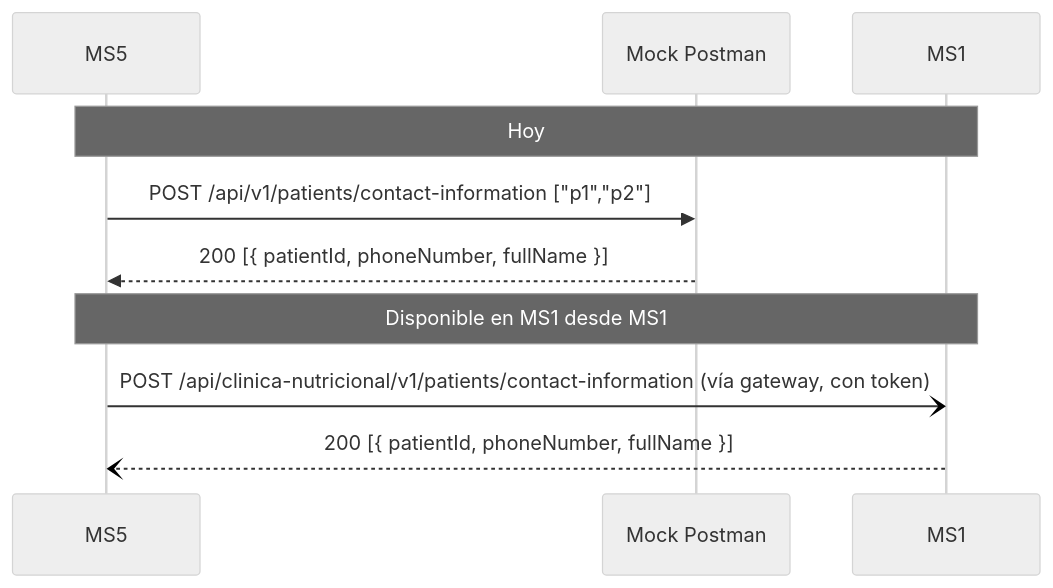
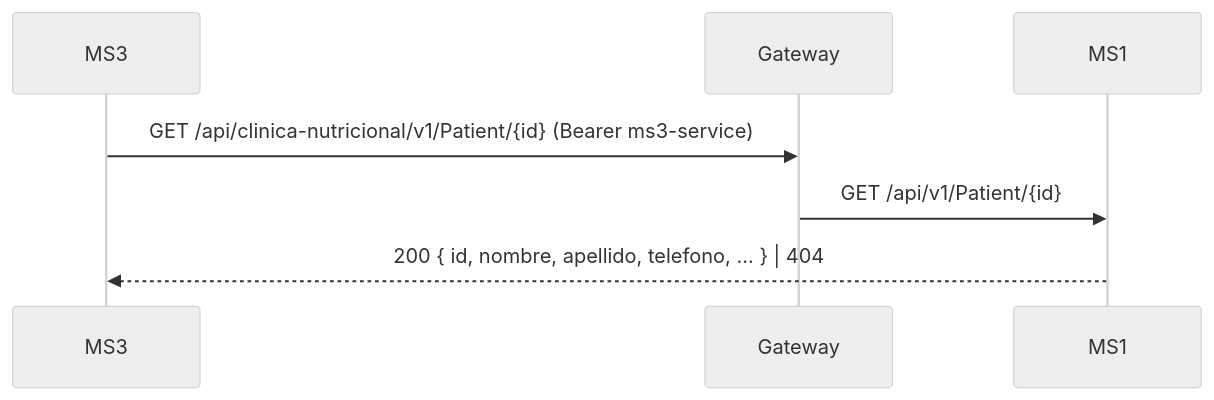
One commit to Nur-tricenter/knowledge changed the diagram in services/ms1-clinic/integrations.md. Above: the diagram before and after it, drawn with Mermaid (neutral theme). The commit also changed other lines of this file and 30 other files, not shown here.

````diff
--- a/services/ms1-clinic/integrations.md
+++ b/services/ms1-clinic/integrations.md
@@ -26,12 +21,9 @@
 ```mermaid
 sequenceDiagram
-  participant MS5
-  participant MOCK as Mock Postman
+  participant MS3
+  participant GW as Gateway
   participant MS1
-  Note over MS5,MS1: Hoy
-  MS5->>MOCK: POST /api/v1/patients/contact-information ["p1","p2"]
-  MOCK-->>MS5: 200 [{ patientId, phoneNumber, fullName }]
-  Note over MS5,MS1: Disponible en MS1 desde MS1#1 (MS5 ya no lo usa)
-  MS5-)MS1: POST /api/clinica-nutricional/v1/patients/contact-information (vía gateway, con token)
-  MS1--)MS5: 200 [{ patientId, phoneNumber, fullName }]
+  MS3->>GW: GET /api/clinica-nutricional/v1/Patient/{id} (Bearer ms3-service)
+  GW->>MS1: GET /api/v1/Patient/{id}
+  MS1-->>MS3: 200 { id, nombre, apellido, telefono, … } | 404
 ```
````
